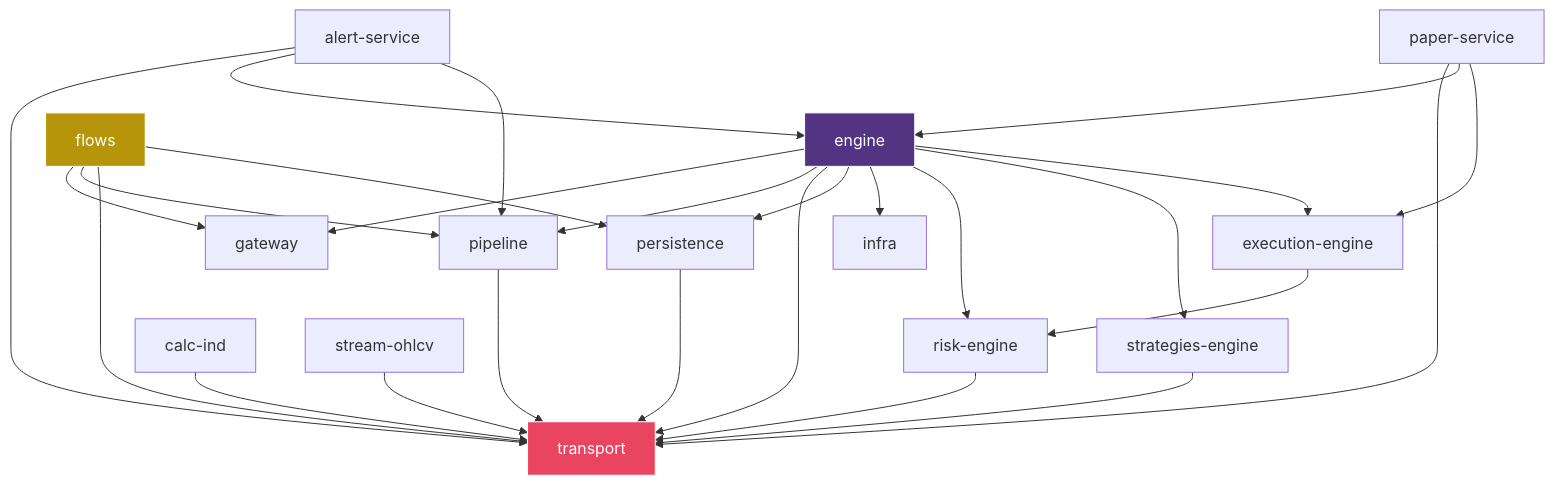
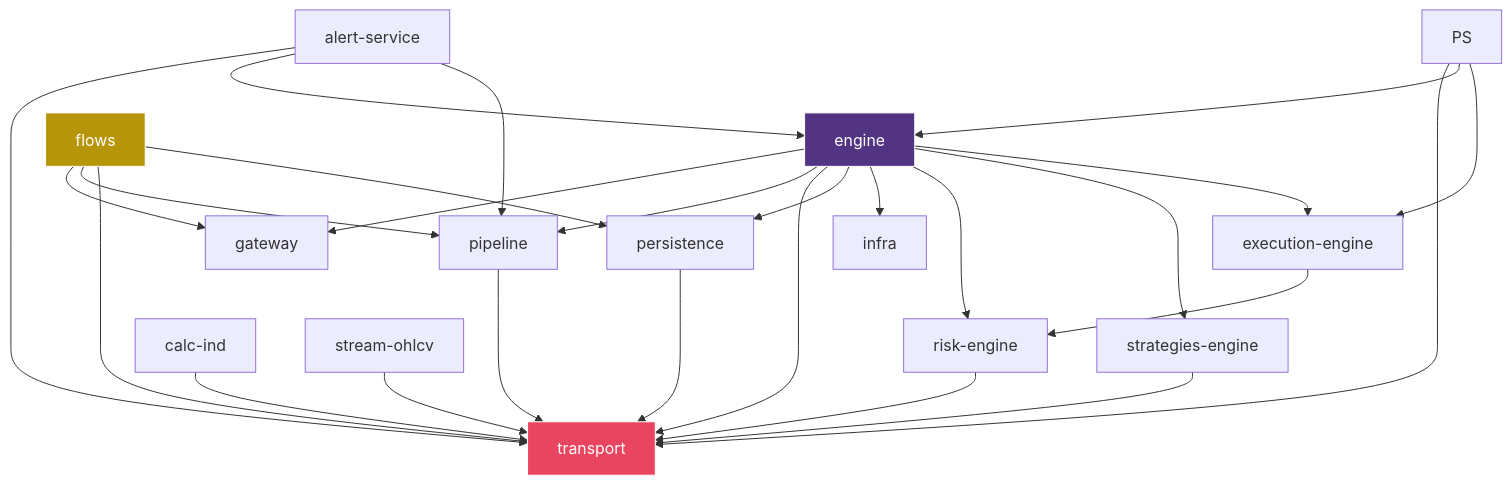
Before and after one commit to Quant-Trade-Lab-Community/cycle_finance_bot: the ninth of 10 diagrams in cycle-engine/cycle_engine_architecture.md, drawn with Mermaid. The commit also changed other lines of this file and 165 other files, not shown here.

Commit message:
docs: remove deleted services' code dumps and update architecture (Bölüm 3, 2, 1); update Cargo.toml workspace; update mermaid flowcharts; remove SQLite refs

````diff
--- a/cycle-engine/cycle_engine_architecture.md
+++ b/cycle-engine/cycle_engine_architecture.md
@@ -588,52 +588,51 @@
 ```mermaid
 graph TD
     TR["transport"] 
     GW["gateway"]
     PL["pipeline"]
     EN["engine"]
     FL["flows"]
     PE["persistence"]
     IN["infra"]
     
     RI["risk-engine"]
     SE["strategies-engine"]
     EE["execution-engine"]
     
     AS["alert-service"]
-    PS["paper-service"]
     CI["calc-ind"]
     SO["stream-ohlcv"]
 
     FL --> GW
     FL --> PL
     FL --> TR
     FL --> PE
     EN --> GW
     EN --> PL
     EN --> TR
     EN --> PE
     EN --> IN
     EN --> RI
     EN --> SE
     EN --> EE
     
     PL --> TR
     PE --> TR
     
     RI --> TR
     SE --> TR
     EE --> RI
     
     AS --> TR
     AS --> EN
     AS --> PL
     PS --> TR
     PS --> EN
     PS --> EE
     CI --> TR
     SO --> TR
 
     style TR fill:#e94560,stroke:#fff,color:#fff
     style EN fill:#533483,stroke:#fff,color:#fff
     style FL fill:#b7950b,stroke:#fff,color:#fff
 ```
````
